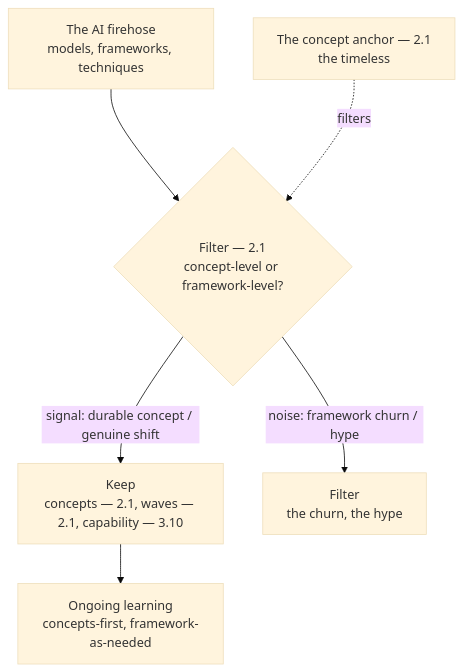
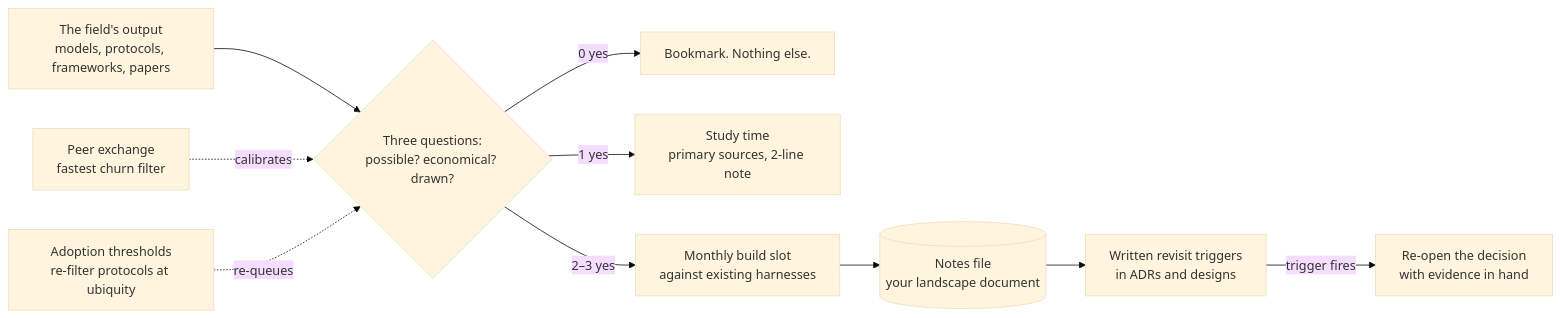
One commit to sivakrushna-works/GSAC changed the diagram in curriculum/part-8-professional-excellence/chapter-06-staying-current.md. Above: the diagram before and after it, drawn with Mermaid (base theme). The commit also changed other lines of this file and 10 other files, not shown here.

````diff
--- a/curriculum/part-8-professional-excellence/chapter-06-staying-current.md
+++ b/curriculum/part-8-professional-excellence/chapter-06-staying-current.md
@@ -58,8 +70,12 @@
 ```mermaid
-flowchart TD
-    FIREHOSE[The AI firehose<br/>models, frameworks, techniques] --> FILTER{Filter — 2.1<br/>concept-level or framework-level?}
-    FILTER -->|signal: durable concept / genuine shift| SIGNAL[Keep<br/>concepts — 2.1, waves — 2.1, capability — 3.10]
-    FILTER -->|noise: framework churn / hype| NOISE[Filter<br/>the churn, the hype]
-    SIGNAL --> LEARNING[Ongoing learning<br/>concepts-first, framework-as-needed]
-    ANCHOR[The concept anchor — 2.1<br/>the timeless] -.filters.-> FILTER
+flowchart LR
+    FLOW[The field's output<br/>models, protocols, frameworks, papers] --> FILTER{Three questions:<br/>possible? economical? drawn?}
+    FILTER -->|0 yes| BOOKMARK[Bookmark. Nothing else.]
+    FILTER -->|1 yes| STUDY[Study time<br/>primary sources, 2-line note]
+    FILTER -->|2–3 yes| BUILD[Monthly build slot<br/>against existing harnesses]
+    BUILD --> NOTE[(Notes file<br/>your landscape document)]
+    NOTE --> TRIG[Written revisit triggers<br/>in ADRs and designs]
+    TRIG -->|trigger fires| REDESIGN[Re-open the decision<br/>with evidence in hand]
+    PEERS[Peer exchange<br/>fastest churn filter] -.calibrates.-> FILTER
+    ADOPT[Adoption thresholds<br/>re-filter protocols at ubiquity] -.re-queues.-> FILTER
 ```
````
